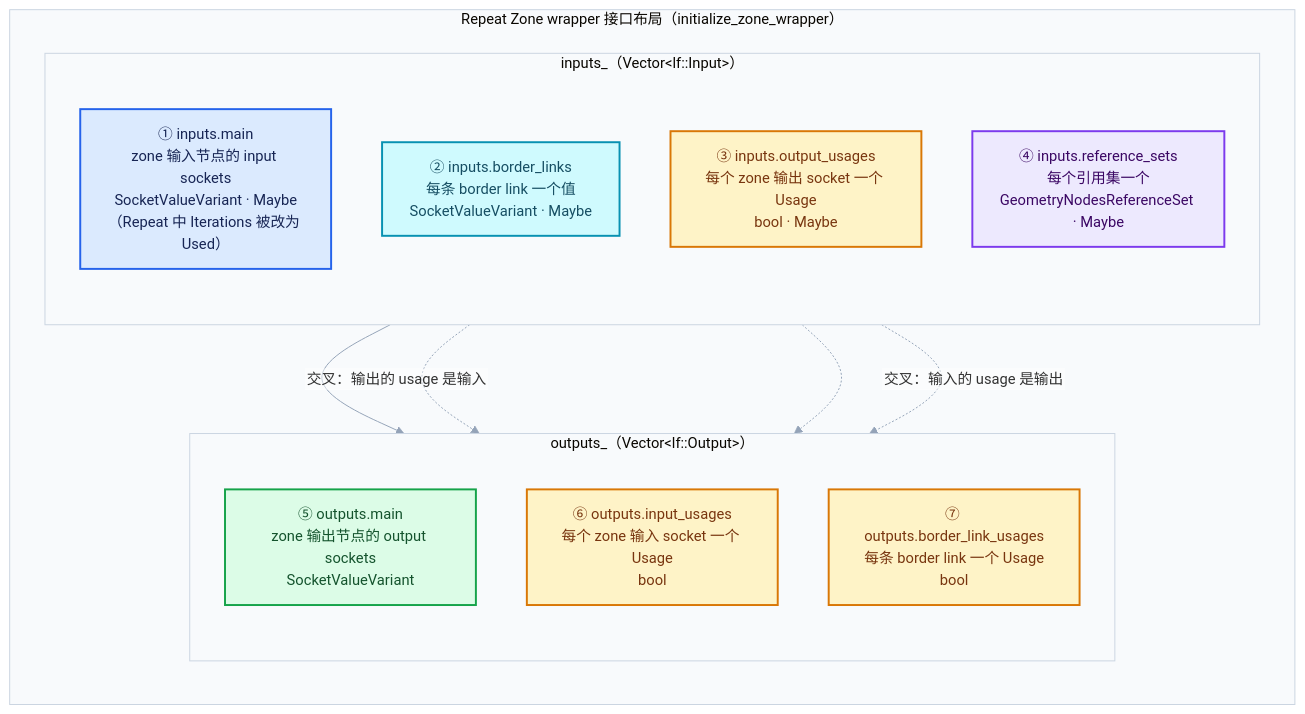
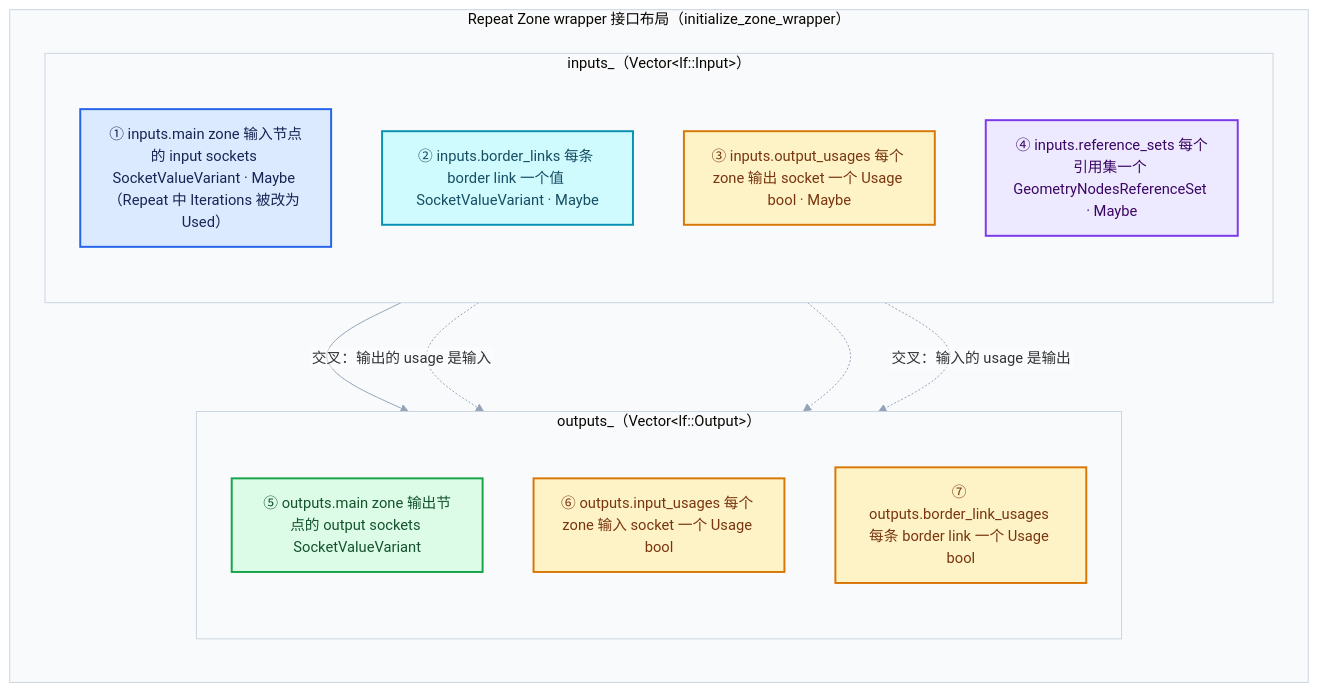
Before and after one commit to yunkezengren/blender-.vscode: the first of 4 diagrams in 杂/markdown/重复区域-dsh/03-几何节点执行架构/01-ZoneBodyFunction与ZoneBuildInfo.md, drawn with Mermaid. The commit also changed other lines of this file and 27 other files, not shown here.

````diff
--- a/杂/markdown/重复区域-dsh/03-几何节点执行架构/01-ZoneBodyFunction与ZoneBuildInfo.md
+++ b/杂/markdown/重复区域-dsh/03-几何节点执行架构/01-ZoneBodyFunction与ZoneBuildInfo.md
@@ -273,29 +260,29 @@
 ```mermaid
 %%{init: {"theme":"base","themeVariables":{"fontFamily":"\"Segoe UI\",\"Microsoft YaHei\",sans-serif","fontSize":"15px","lineColor":"#94A3B8","edgeLabelBackground":"#FFFFFF","clusterBkg":"#F8FAFC","clusterBorder":"#CBD5E1"},"flowchart":{"htmlLabels":false,"curve":"basis","nodeSpacing":52,"rankSpacing":64,"padding":14,"diagramPadding":16,"useMaxWidth":true},"sequence":{"useMaxWidth":true,"wrap":true,"mirrorActors":false,"messageMargin":36}}}%%
 flowchart TB
     subgraph W["Repeat Zone wrapper 接口布局（initialize_zone_wrapper）"]
         direction TB
         subgraph IN["inputs_（Vector&lt;lf::Input&gt;）"]
             direction TB
-            A["① inputs.main<br/>zone 输入节点的 input sockets<br/>SocketValueVariant · Maybe<br/>（Repeat 中 Iterations 被改为 Used）"]:::input
-            B["② inputs.border_links<br/>每条 border link 一个值<br/>SocketValueVariant · Maybe"]:::data
-            C["③ inputs.output_usages<br/>每个 zone 输出 socket 一个 Usage<br/>bool · Maybe"]:::compute
-            D["④ inputs.reference_sets<br/>每个引用集一个<br/>GeometryNodesReferenceSet · Maybe"]:::abstraction
+            A["① inputs.main zone 输入节点的 input sockets SocketValueVariant · Maybe （Repeat 中 Iterations 被改为 Used）"]:::input
+            B["② inputs.border_links 每条 border link 一个值 SocketValueVariant · Maybe"]:::data
+            C["③ inputs.output_usages 每个 zone 输出 socket 一个 Usage bool · Maybe"]:::compute
+            D["④ inputs.reference_sets 每个引用集一个 GeometryNodesReferenceSet · Maybe"]:::abstraction
         end
         subgraph OUT["outputs_（Vector&lt;lf::Output&gt;）"]
             direction TB
-            E["⑤ outputs.main<br/>zone 输出节点的 output sockets<br/>SocketValueVariant"]:::result
-            F["⑥ outputs.input_usages<br/>每个 zone 输入 socket 一个 Usage<br/>bool"]:::compute
-            G["⑦ outputs.border_link_usages<br/>每条 border link 一个 Usage<br/>bool"]:::compute
+            E["⑤ outputs.main zone 输出节点的 output sockets SocketValueVariant"]:::result
+            F["⑥ outputs.input_usages 每个 zone 输入 socket 一个 Usage bool"]:::compute
+            G["⑦ outputs.border_link_usages 每条 border link 一个 Usage bool"]:::compute
         end
         A --> E
         C -. "交叉：输出的 usage 是输入" .-> E
         B -.-> G
         A -. "交叉：输入的 usage 是输出" .-> F
     end
     classDef input fill:#DBEAFE,stroke:#2563EB,color:#172554,stroke-width:2px
     classDef data fill:#CFFAFE,stroke:#0891B2,color:#164E63,stroke-width:2px
     classDef abstraction fill:#EDE9FE,stroke:#7C3AED,color:#3B0764,stroke-width:2px
     classDef compute fill:#FEF3C7,stroke:#D97706,color:#78350F,stroke-width:2px
     classDef result fill:#DCFCE7,stroke:#16A34A,color:#14532D,stroke-width:2px
 ```
````
